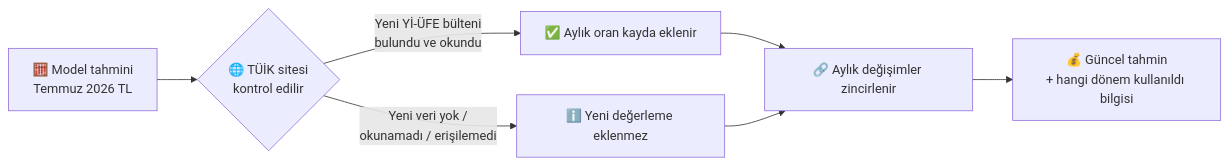
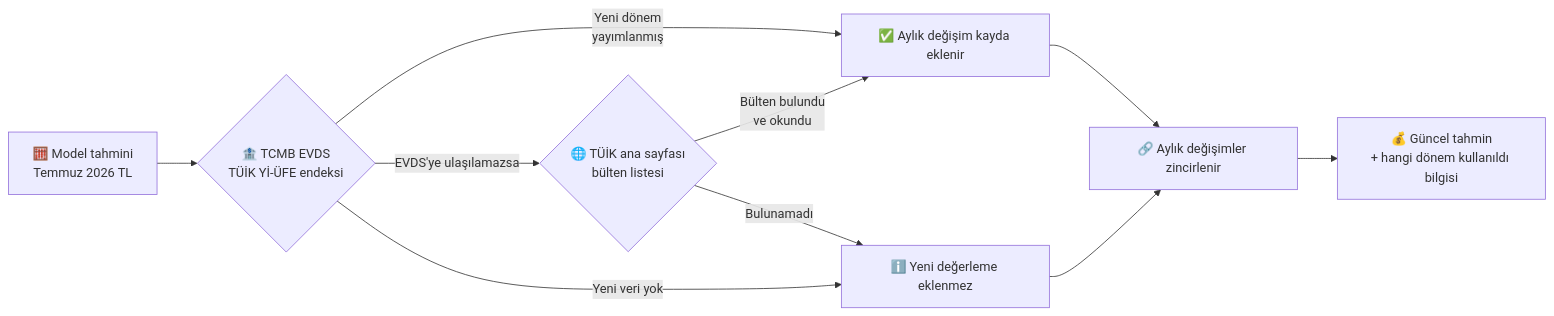
One commit to furkanatlan/ihale_tahmin changed the first of 2 diagrams in README.md. Above: the diagram before and after it, drawn with Mermaid. The commit also changed other lines of this file and 6 other files, not shown here.

First line of the commit message:
Yİ-ÜFE güncellemesini TCMB EVDS API'sine bağla

````diff
--- a/README.md
+++ b/README.md
@@ -57,9 +57,12 @@
 ```mermaid
 flowchart LR
-    A[🧮 Model tahmini<br/>Temmuz 2026 TL] --> B{🌐 TÜİK sitesi<br/>kontrol edilir}
-    B -- Yeni Yİ-ÜFE bülteni<br/>bulundu ve okundu --> C[✅ Aylık oran kayda eklenir]
-    B -- Yeni veri yok /<br/>okunamadı / erişilemedi --> D[ℹ️ Yeni değerleme eklenmez]
+    A[🧮 Model tahmini<br/>Temmuz 2026 TL] --> B{🏦 TCMB EVDS<br/>TÜİK Yİ-ÜFE endeksi}
+    B -- EVDS'ye ulaşılamazsa --> G{🌐 TÜİK ana sayfası<br/>bülten listesi}
+    B -- Yeni dönem<br/>yayımlanmış --> C[✅ Aylık değişim kayda eklenir]
+    G -- Bülten bulundu<br/>ve okundu --> C
+    G -- Bulunamadı --> D
+    B -- Yeni veri yok --> D[ℹ️ Yeni değerleme eklenmez]
     C --> E[🔗 Aylık değişimler zincirlenir]
     D --> E
     E --> F[💰 Güncel tahmin<br/>+ hangi dönem kullanıldı bilgisi]
 ```
````
